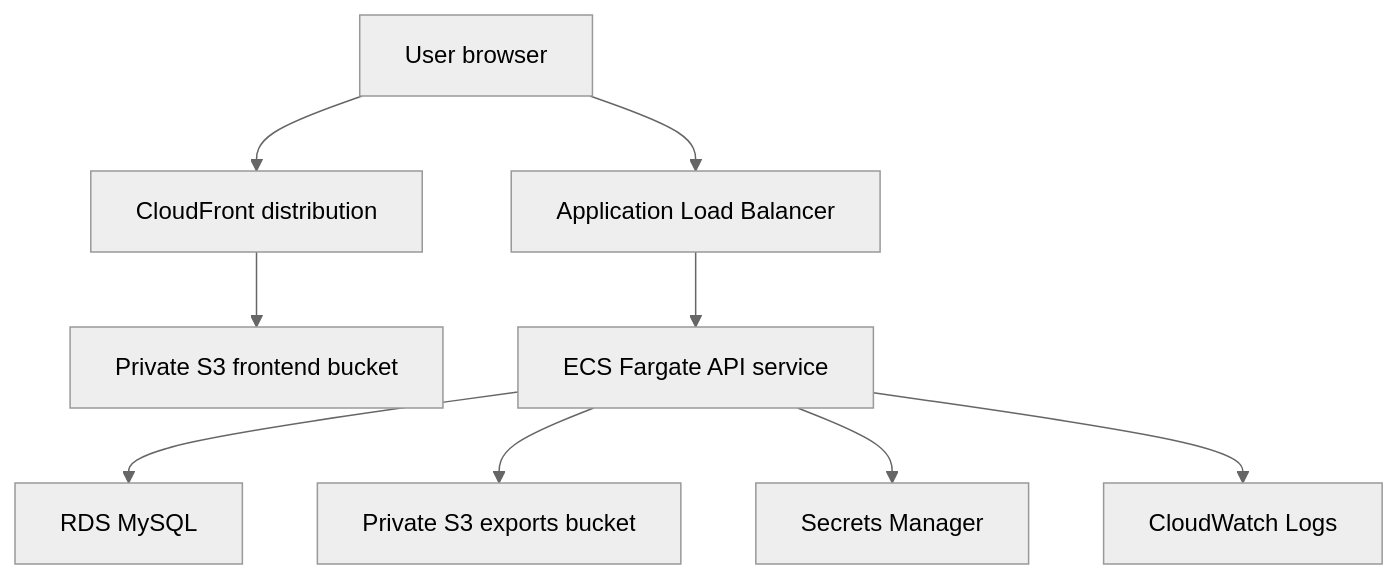
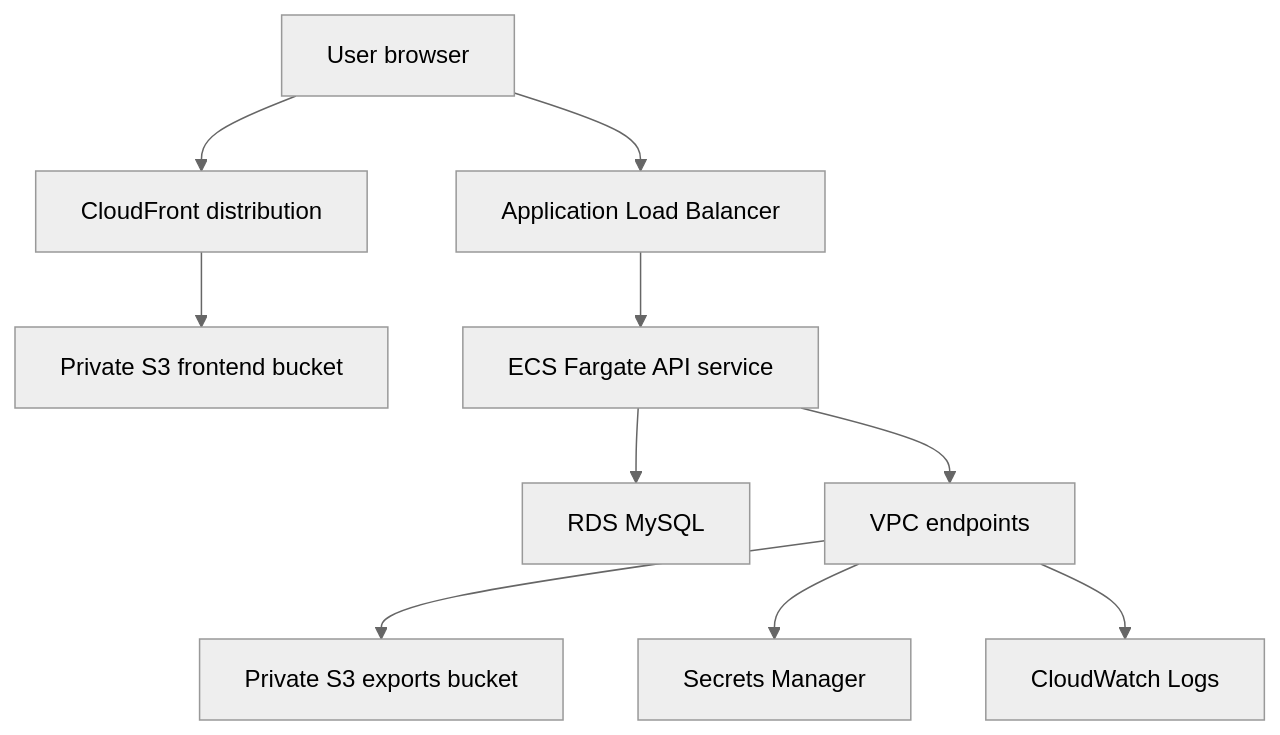
Before and after one commit to lightning1377/smoke-tracker-cloud-dashboard: the diagram in docs/architecture.md, drawn with Mermaid (neutral theme). The commit also changed other lines of this file and 11 other files, not shown here.

Commit message:
chore: harden network topology with private subnets and VPC endpoints

````diff
--- a/docs/architecture.md
+++ b/docs/architecture.md
@@ -5,11 +5,12 @@
 ```mermaid
 flowchart TD
   user["User browser"] --> cloudfront["CloudFront distribution"]
   cloudfront --> s3frontend["Private S3 frontend bucket"]
   user --> alb["Application Load Balancer"]
   alb --> ecs["ECS Fargate API service"]
   ecs --> rds["RDS MySQL"]
-  ecs --> exports["Private S3 exports bucket"]
-  ecs --> secrets["Secrets Manager"]
-  ecs --> logs["CloudWatch Logs"]
+  ecs --> endpoints["VPC endpoints"]
+  endpoints --> exports["Private S3 exports bucket"]
+  endpoints --> secrets["Secrets Manager"]
+  endpoints --> logs["CloudWatch Logs"]
 ```
````
